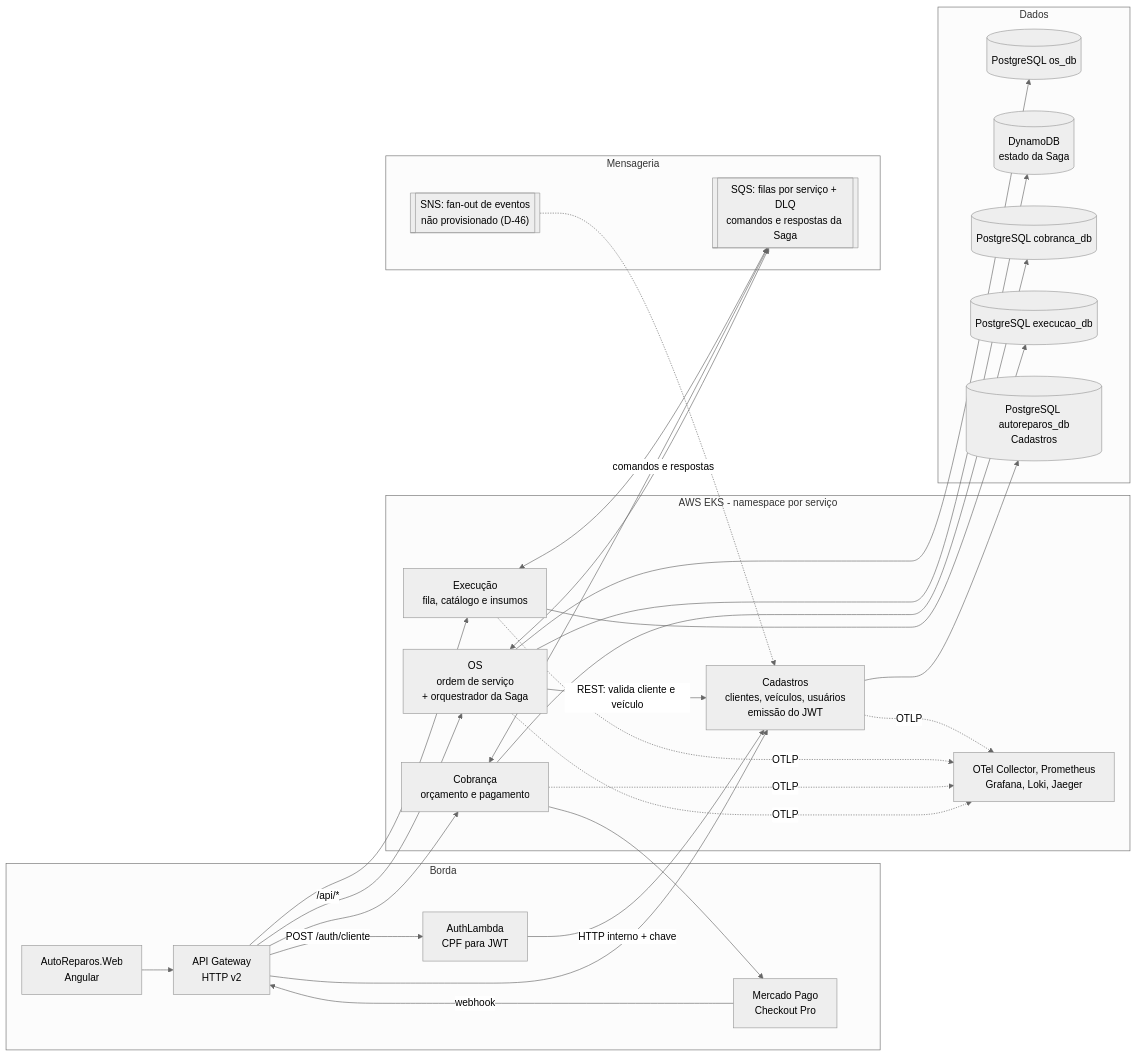
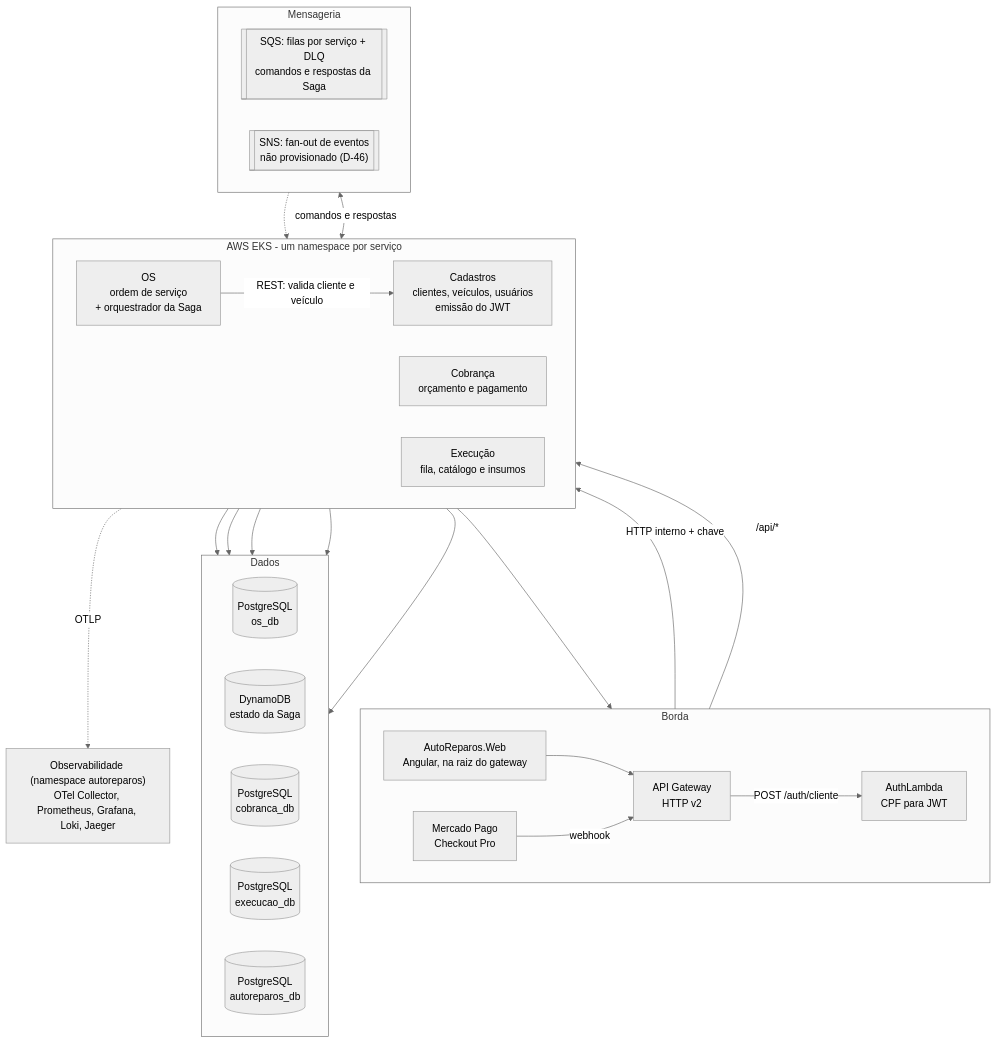
The diagram in docs/entrega/fase4/arquitetura_e_justificativa.md (Grupo78-PosTech-15SOAT/AutoReparos), drawn with Mermaid (neutral theme) before and after one commit. The commit also changed other lines of this file and 3 other files, not shown here.

Commit message:
📝 exporta o diagrama da arquitetura final em png e svg e o reorganiza na vertical

````diff
--- a/docs/entrega/fase4/arquitetura_e_justificativa.md
+++ b/docs/entrega/fase4/arquitetura_e_justificativa.md
@@ -9,54 +9,51 @@
 ```mermaid
-flowchart LR
-    subgraph Borda
-        Web["AutoReparos.Web<br/>Angular"]
+flowchart TB
+    subgraph Borda["Borda"]
+        direction LR
+        Web["AutoReparos.Web<br/>Angular, na raiz do gateway"]
         APIGW["API Gateway<br/>HTTP v2"]
         Lambda["AuthLambda<br/>CPF para JWT"]
         MP["Mercado Pago<br/>Checkout Pro"]
     end
 
-    subgraph EKS["AWS EKS - namespace por serviço"]
+    subgraph EKS["AWS EKS - um namespace por serviço"]
+        direction LR
         OS["OS<br/>ordem de serviço<br/>+ orquestrador da Saga"]
         Cob["Cobrança<br/>orçamento e pagamento"]
         Exec["Execução<br/>fila, catálogo e insumos"]
         Cad["Cadastros<br/>clientes, veículos, usuários<br/>emissão do JWT"]
-        Obs["OTel Collector, Prometheus<br/>Grafana, Loki, Jaeger"]
     end
 
+    Obs["Observabilidade (namespace autoreparos)<br/>OTel Collector, Prometheus, Grafana, Loki, Jaeger"]
+
     subgraph Mensageria["Mensageria"]
+        direction LR
         SQS[["SQS: filas por serviço + DLQ<br/>comandos e respostas da Saga"]]
         SNS[["SNS: fan-out de eventos<br/>não provisionado (D-46)"]]
     end
 
     subgraph Dados["Dados"]
-        DBOS[("PostgreSQL os_db")]
+        direction LR
+        DBOS[("PostgreSQL<br/>os_db")]
         DDB[("DynamoDB<br/>estado da Saga")]
-        DBCob[("PostgreSQL cobranca_db")]
-        DBExec[("PostgreSQL execucao_db")]
-        DBCad[("PostgreSQL autoreparos_db<br/>Cadastros")]
+        DBCob[("PostgreSQL<br/>cobranca_db")]
+        DBExec[("PostgreSQL<br/>execucao_db")]
+        DBCad[("PostgreSQL<br/>autoreparos_db")]
     end
 
     Web --> APIGW
+    MP -->|"webhook"| APIGW
     APIGW -->|"POST /auth/cliente"| Lambda
-    APIGW -->|"/api/*"| OS
-    APIGW --> Cob
-    APIGW --> Exec
-    APIGW --> Cad
-    MP -->|"webhook"| APIGW
+    APIGW -->|"/api/*"| EKS
     Lambda -->|"HTTP interno + chave"| Cad
     OS -->|"REST: valida cliente e veículo"| Cad
-    OS <-->|"comandos e respostas"| SQS
-    Cob <--> SQS
-    Exec <--> SQS
+    Cob --> MP
+    EKS <-->|"comandos e respostas"| SQS
     SNS -.-> Cad
-    Cob --> MP
     OS --> DBOS
     OS --> DDB
     Cob --> DBCob
     Exec --> DBExec
     Cad --> DBCad
-    OS -.->|"OTLP"| Obs
-    Cob -.->|"OTLP"| Obs
-    Exec -.->|"OTLP"| Obs
-    Cad -.->|"OTLP"| Obs
+    EKS -.->|"OTLP"| Obs
 ```
````
